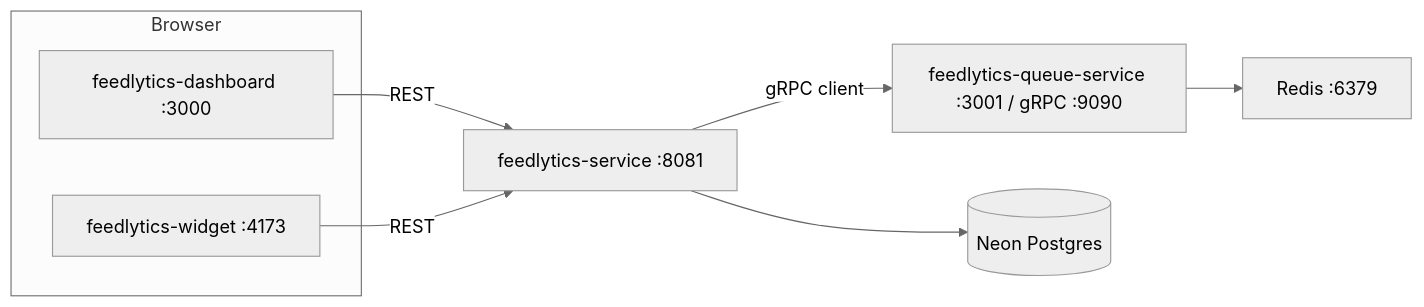
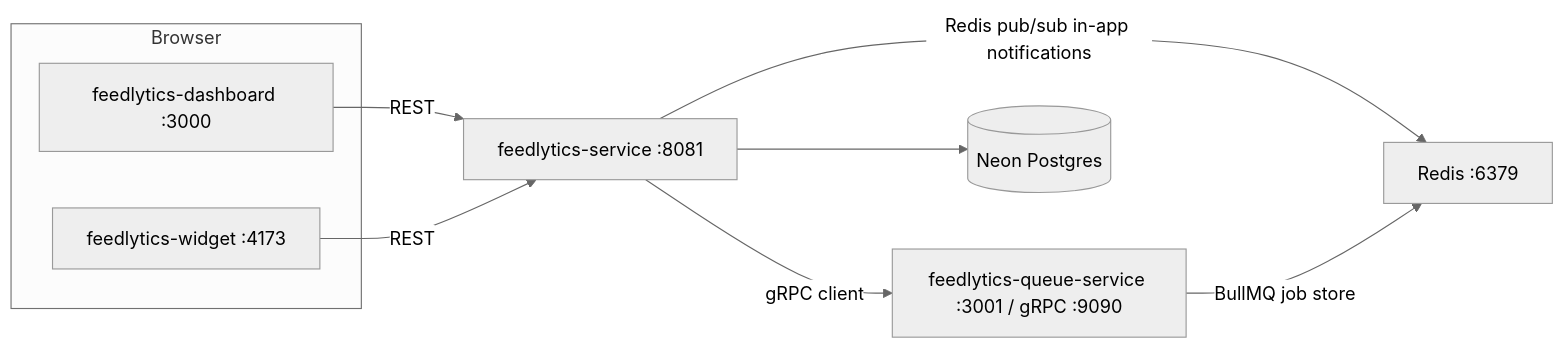
The diagram in README.md (kajaveaniruddha/feedlytics), drawn with Mermaid (neutral theme) before and after one commit. The commit also changed other lines of this file and 16 other files, not shown here.

````diff
--- a/README.md
+++ b/README.md
@@ -54,16 +54,17 @@
 ```mermaid
 flowchart LR
   subgraph clients [Browser]
     D["feedlytics-dashboard :3000"]
     W["feedlytics-widget :4173"]
   end
   API["feedlytics-service :8081"]
   Q["feedlytics-queue-service :3001 / gRPC :9090"]
   R[Redis :6379]
   P[(Neon Postgres)]
   D -->|"REST"| API
   W -->|"REST"| API
   API -->|"gRPC client"| Q
   API --> P
-  Q --> R
+  API -->|"Redis pub/sub in-app notifications"| R
+  Q -->|"BullMQ job store"| R
 ```
````
